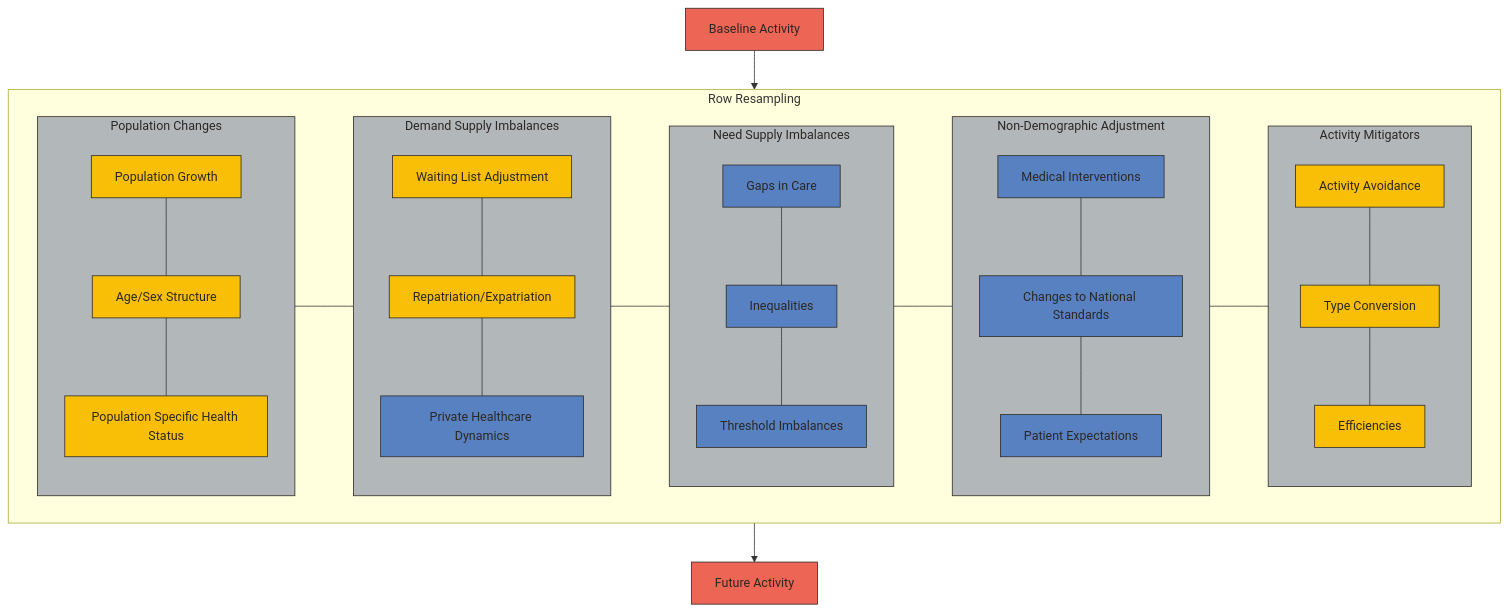
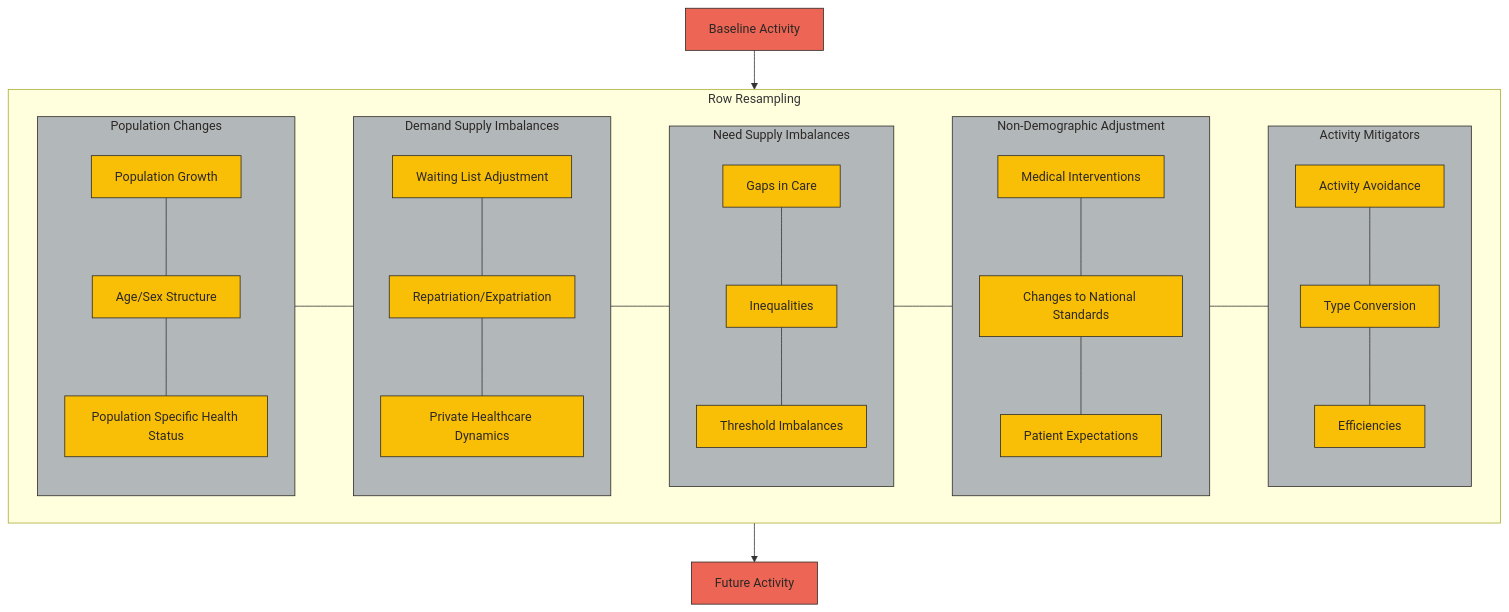
The second of 4 diagrams in presentations/2023-07-11_haca-nhp-demand-model/index.qmd (The-Strategy-Unit/data_science), drawn with Mermaid before and after one commit. The commit also changed other lines of this file and 3 other files, not shown here.

````diff
--- a/presentations/2023-07-11_haca-nhp-demand-model/index.qmd
+++ b/presentations/2023-07-11_haca-nhp-demand-model/index.qmd
@@ -204,81 +208,80 @@
 ```{mermaid}
 flowchart TB
     classDef blue fill:#5881c1,stroke:#2c2825,color:#2c2825;
     classDef orange fill:#f9bf07,stroke:#2c2825,color:#2c2825;
     classDef red fill:#ec6555,stroke:#2c2825,color:#2c2825;
     classDef lightslate fill:#b2b7b9,stroke:#2c2825,color:#2c2825;
     classDef slate fill:#e0e2e3,stroke:#2c2825,color:#2c2825;
 
     S[Baseline Activity]
     T[Future Activity]
 
     class S,T red
 
     subgraph rr[Row Resampling]
         direction LR
 
         subgraph pop[Population Changes]
             direction TB
             pop_p[Population Growth]
             pop_a[Age/Sex Structure]
             pop_h[Population Specific Health Status]
 
             class pop_p,pop_a,pop_h orange
 
             pop_p --- pop_a --- pop_h
         end
 
         subgraph dsi[Demand Supply Imbalances]
             direction TB
             dsi_w[Waiting List Adjustment]
             dsi_r[Repatriation/Expatriation]
             dsi_p[Private Healthcare Dynamics]
 
-            class dsi_w,dsi_r orange
-            class dsi_p blue
+            class dsi_w,dsi_r,dsi_p orange
 
             dsi_w --- dsi_r --- dsi_p
         end
 
         subgraph nsi[Need Supply Imbalances]
             direction TB
             nsi_g[Gaps in Care]
             nsi_i[Inequalities]
             nsi_t[Threshold Imbalances]
 
-            class nsi_g,nsi_i,nsi_t blue
+            class nsi_g,nsi_i,nsi_t orange
 
             nsi_g --- nsi_i --- nsi_t
         end
 
         subgraph nda [Non-Demographic Adjustment]
             direction TB
             nda_m[Medical Interventions]
             nda_c[Changes to National Standards]
             nda_p[Patient Expectations]
 
-            class nda_m,nda_c,nda_p blue
+            class nda_m,nda_c,nda_p orange
 
             nda_m --- nda_c --- nda_p
         end
 
         subgraph mit[Activity Mitigators]
             direction TB
             mit_a[Activity Avoidance]
             mit_t[Type Conversion]
             mit_e[Efficiencies]
             
             class mit_a,mit_t,mit_e orange
 
             mit_a --- mit_t --- mit_e
         end
 
         pop --- dsi --- nsi --- nda --- mit
 
         class dsi,nsi,pop,nda,mit lightslate
     end
 
     class rr slate
     
     S --> rr --> T
 ```
````
